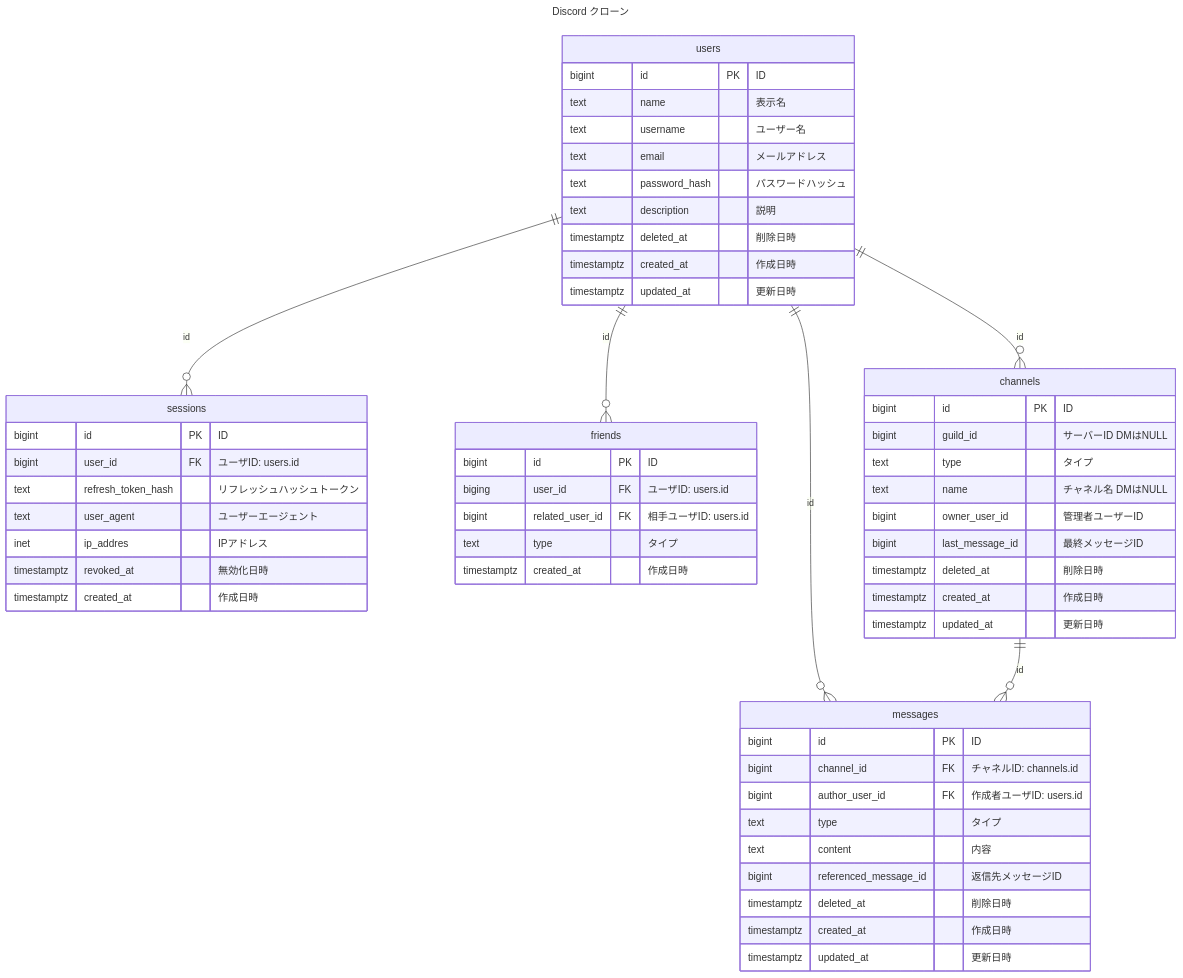
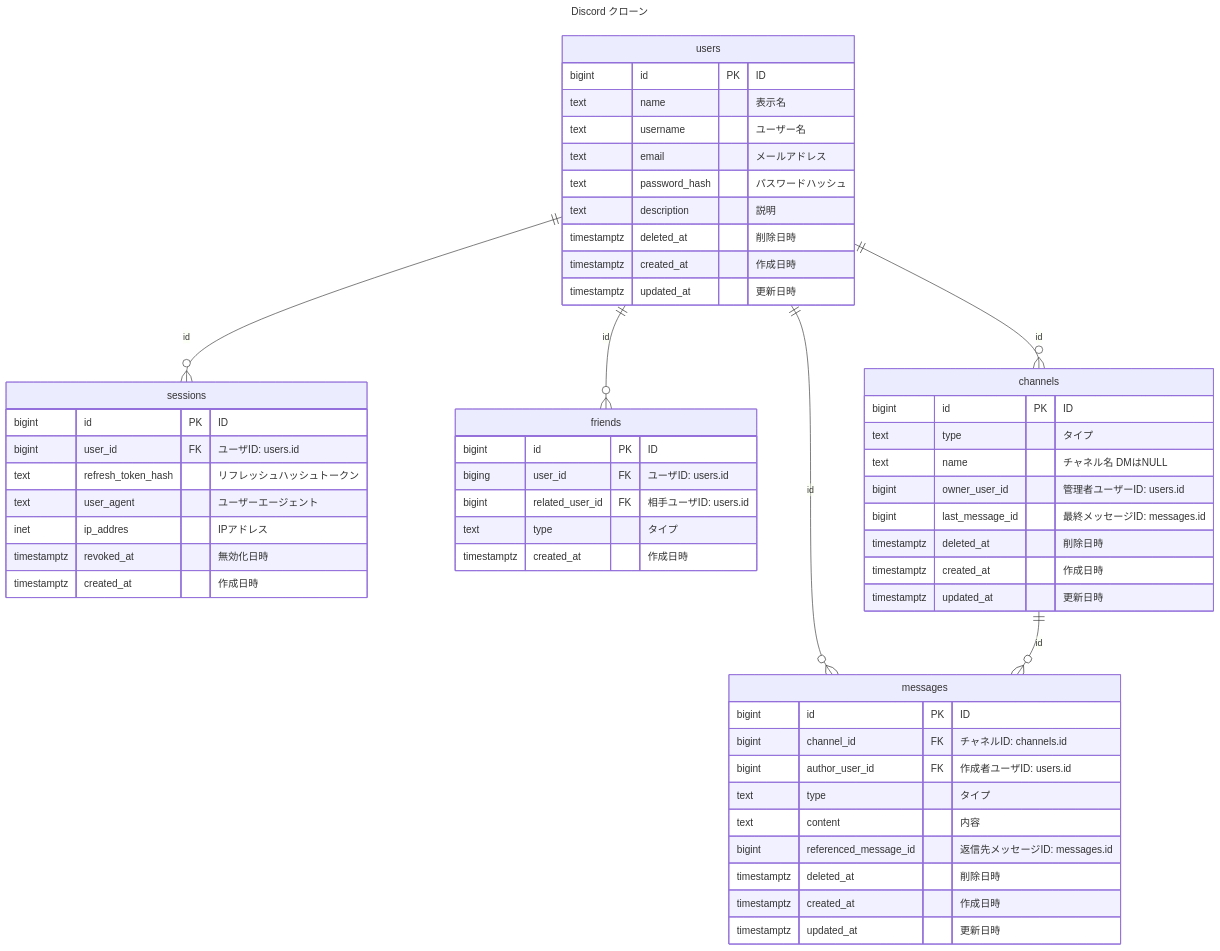
The diagram in doc/db_er.md (junta-asaka/code-training-discord), drawn with Mermaid before and after one commit. The commit also changed 5 other files, not shown here.

````diff
--- a/doc/db_er.md
+++ b/doc/db_er.md
@@ -3,73 +3,73 @@
 ```mermaid
 ---
 title: "Discord クローン"
 ---
 erDiagram
     users ||--o{ sessions : "id"
     users ||--o{ friends : "id"
     users ||--o{ channels : "id"
     users ||--o{ messages : "id"
     channels ||--o{ messages : "id"
 
     users {
         bigint id PK "ID"
         text name "表示名"
         text username "ユーザー名"
         text email "メールアドレス"
         text password_hash "パスワードハッシュ"
         %% text avatar_url "アバターURL"
         text description "説明"
         timestamptz deleted_at "削除日時"
         timestamptz created_at "作成日時"
         timestamptz updated_at "更新日時"
     }
 
     sessions {
         bigint id PK "ID"
         bigint user_id FK "ユーザID: users.id"
         text refresh_token_hash  "リフレッシュハッシュトークン <UNIQUE NOT NULL>"
         text user_agent "ユーザーエージェント"
         inet ip_addres "IPアドレス"
         timestamptz revoked_at "無効化日時"
         timestamptz created_at "作成日時"
     }
 
     friends {
         bigint id PK "ID"
         biging user_id FK "ユーザID: users.id"
         bigint related_user_id FK "相手ユーザID: users.id"
         text type "タイプ"
         timestamptz created_at "作成日時"
     }
 
     channels {
         bigint id PK "ID"
-        bigint guild_id "サーバーID DMはNULL"
+        %% bigint guild_id "サーバーID DMはNULL: guilds.id"
         text type "タイプ"
         text name "チャネル名 DMはNULL"
-        bigint owner_user_id "管理者ユーザーID"
-        bigint last_message_id "最終メッセージID"
+        bigint owner_user_id "管理者ユーザーID: users.id"
+        bigint last_message_id "最終メッセージID: messages.id"
         timestamptz deleted_at "削除日時"
         timestamptz created_at "作成日時"
         timestamptz updated_at "更新日時"
     }
 
     messages {
         bigint id PK "ID"
         bigint channel_id FK "チャネルID: channels.id <DELETE CASCADE>"
         bigint author_user_id FK "作成者ユーザID: users.id"
         text type "タイプ"
         text content "内容"
-        bigint referenced_message_id "返信先メッセージID"
+        bigint referenced_message_id "返信先メッセージID: messages.id"
         timestamptz deleted_at "削除日時"
         timestamptz created_at "作成日時"
         timestamptz updated_at "更新日時"
     }
 
     %% guilds {
     %%     bigint id PK "ID"
     %%     bigint owner_user_id FK "管理者ユーザID: users.id"
     %%     text name "サーバー名"
     %%     %% text icon_url "アイコンURL"
     %% }
 ```
````
